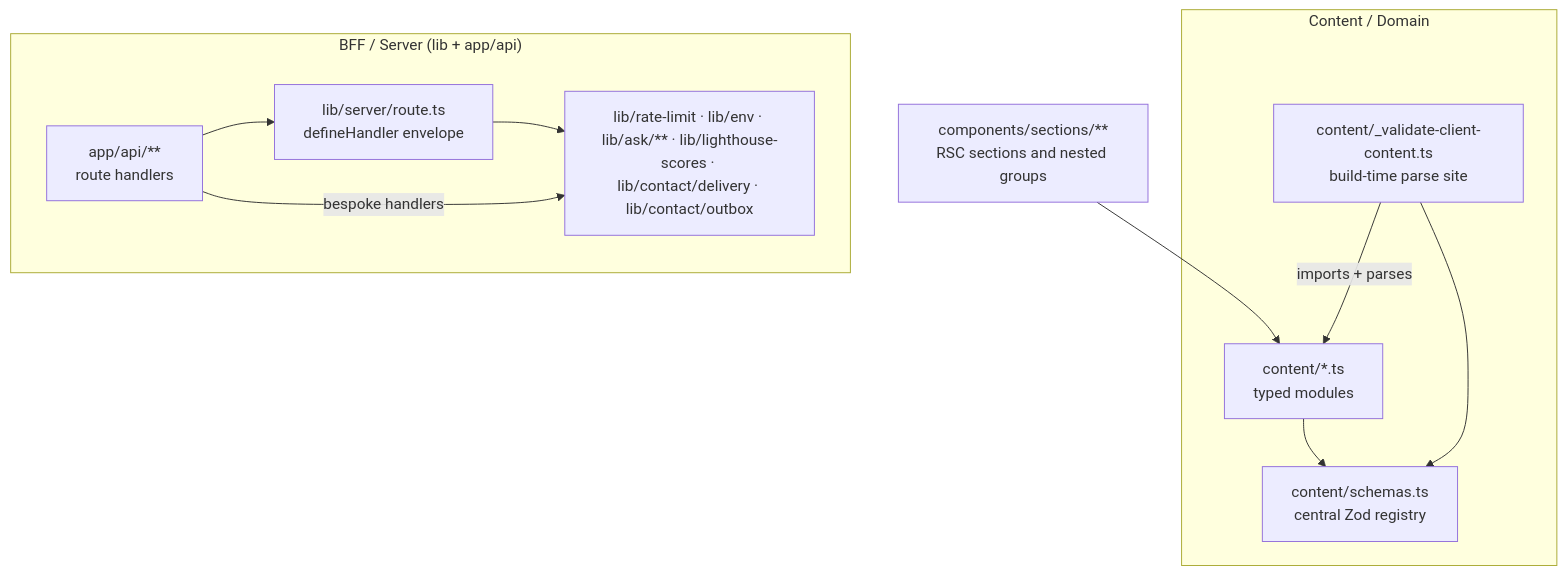
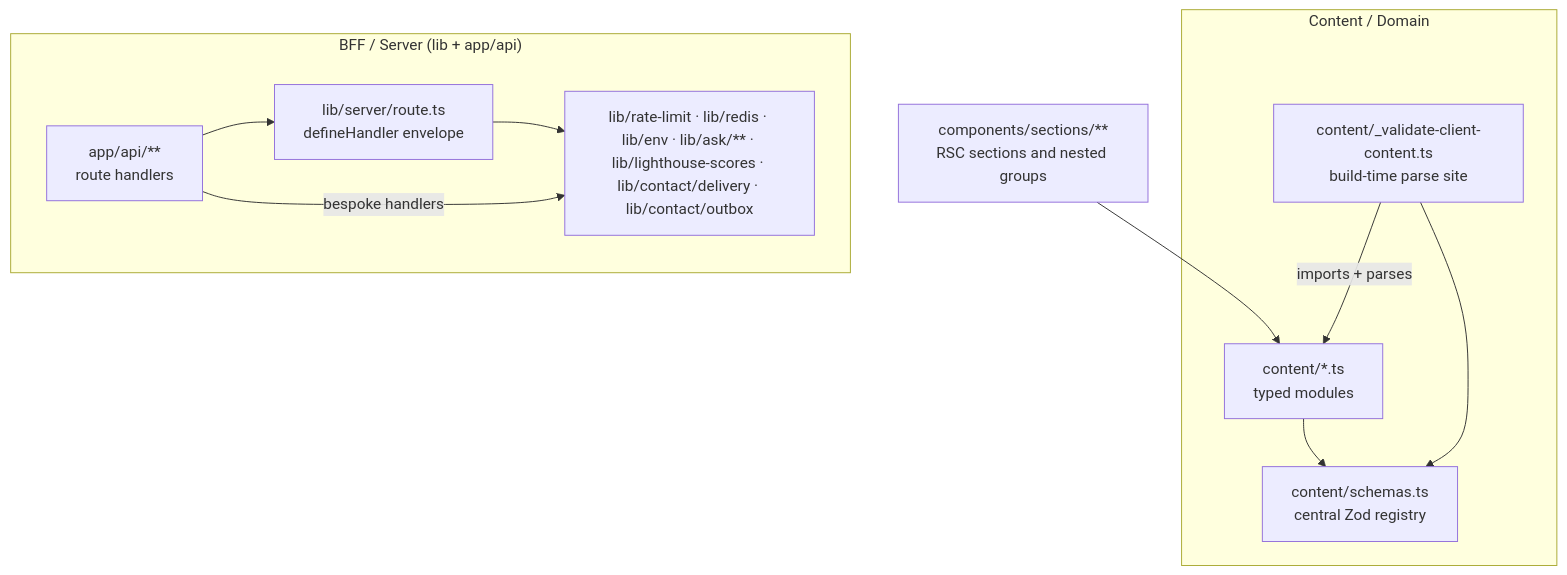
One commit to erikunha/portfolio changed the second of 7 diagrams in docs/01-architecture.md. Above: the diagram before and after it, drawn with Mermaid. The commit also changed other lines of this file and 14 other files, not shown here.

First line of the commit message:
docs(docs): state the server code after the rate-limit split

````diff
--- a/docs/01-architecture.md
+++ b/docs/01-architecture.md
@@ -37,19 +37,19 @@
 ```mermaid
 flowchart TB
     subgraph content["Content / Domain"]
         cmods["content/*.ts<br/>typed modules"]
         schemas["content/schemas.ts<br/>central Zod registry"]
         gate["content/_validate-client-content.ts<br/>build-time parse site"]
     end
     subgraph bff["BFF / Server (lib + app/api)"]
         api["app/api/**<br/>route handlers"]
         handler["lib/server/route.ts<br/>defineHandler envelope"]
-        libcore["lib/rate-limit · lib/env · lib/ask/** · lib/lighthouse-scores · lib/contact/delivery · lib/contact/outbox"]
+        libcore["lib/rate-limit · lib/redis · lib/env · lib/ask/** · lib/lighthouse-scores · lib/contact/delivery · lib/contact/outbox"]
     end
     sections["components/sections/**<br/>RSC sections and nested groups"] --> cmods
     cmods --> schemas
     gate -->|imports + parses| cmods
     gate --> schemas
     api --> handler --> libcore
     api -->|bespoke handlers| libcore
 ```
````
